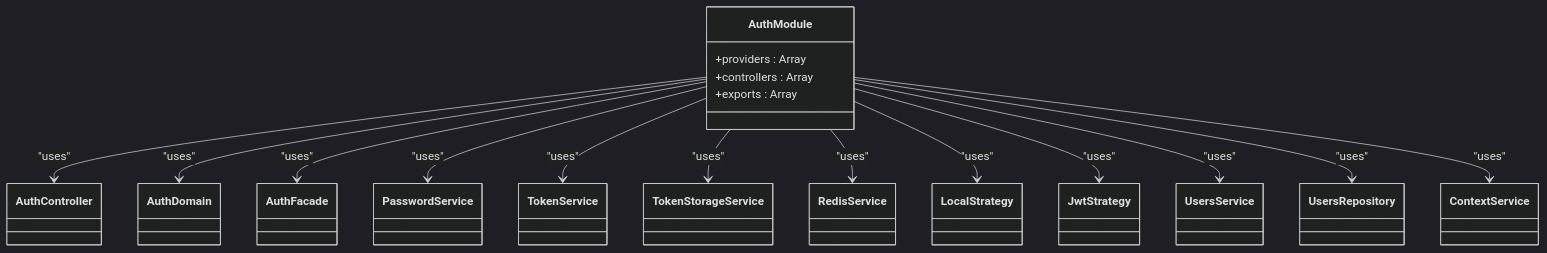
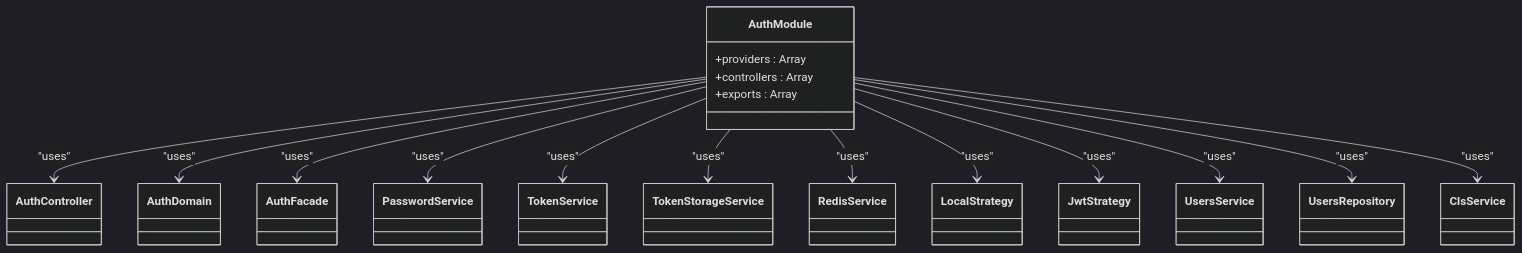
Before and after one commit to kimjoongwon/prj-core: the third of 6 diagrams in .qoder/repowiki/en/content/System Overview/Core Components/Backend API Server/Module Architecture/Authentication Module.md, drawn with Mermaid (dark theme). The commit also changed other lines of this file and 315 other files, not shown here.

````diff
--- a/.qoder/repowiki/en/content/System Overview/Core Components/Backend API Server/Module Architecture/Authentication Module.md
+++ b/.qoder/repowiki/en/content/System Overview/Core Components/Backend API Server/Module Architecture/Authentication Module.md
@@ -101,20 +106,20 @@
 ```mermaid
 classDiagram
 class AuthModule {
 +providers : Array
 +controllers : Array
 +exports : Array
 }
 AuthModule --> AuthController : "uses"
 AuthModule --> AuthDomain : "uses"
 AuthModule --> AuthFacade : "uses"
 AuthModule --> PasswordService : "uses"
 AuthModule --> TokenService : "uses"
 AuthModule --> TokenStorageService : "uses"
 AuthModule --> RedisService : "uses"
 AuthModule --> LocalStrategy : "uses"
 AuthModule --> JwtStrategy : "uses"
 AuthModule --> UsersService : "uses"
 AuthModule --> UsersRepository : "uses"
-AuthModule --> ContextService : "uses"
+AuthModule --> ClsService : "uses"
 ```
````
